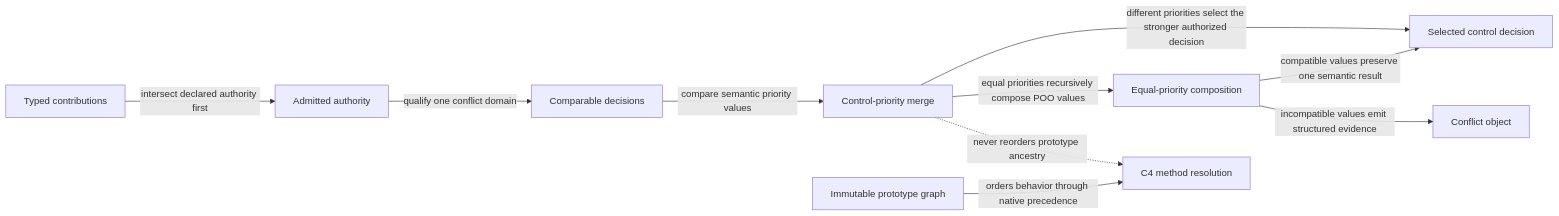
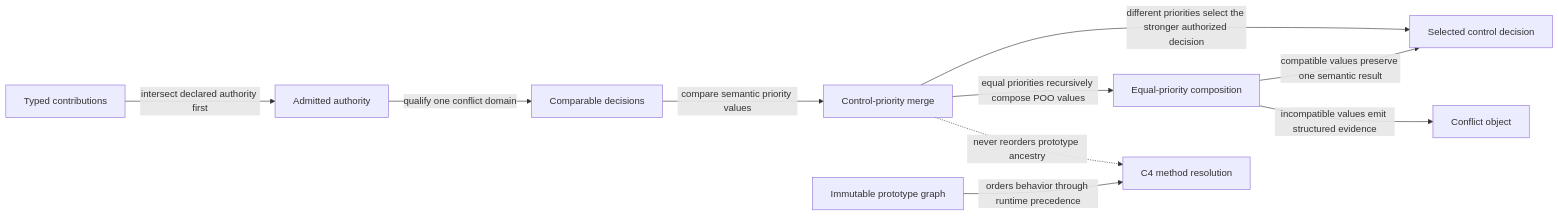
One commit to tao3k/gebril-yuanxu changed the second of 3 diagrams in module-system/design/45-101-typed-module-relation-contribution-composition-conflict-and-withdrawal-algebra.org. Above: the diagram before and after it, drawn with Mermaid. The commit also changed other lines of this file and 1469 other files, not shown here.

```diff
--- a/module-system/design/45-101-typed-module-relation-contribution-composition-conflict-and-withdrawal-algebra.org
+++ b/module-system/design/45-101-typed-module-relation-contribution-composition-conflict-and-withdrawal-algebra.org
@@ -460,12 +460,12 @@
 #+begin_src mermaid
 flowchart LR
   Inputs["Typed contributions"] -->|"intersect declared authority first"| Authority["Admitted authority"]
   Authority -->|"qualify one conflict domain"| Domain["Comparable decisions"]
   Domain -->|"compare semantic priority values"| Priority["Control-priority merge"]
   Priority -->|"different priorities select the stronger authorized decision"| Selected["Selected control decision"]
   Priority -->|"equal priorities recursively compose POO values"| Equal["Equal-priority composition"]
   Equal -->|"compatible values preserve one semantic result"| Selected
   Equal -->|"incompatible values emit structured evidence"| Conflict["Conflict object"]
-  Graph["Immutable prototype graph"] -->|"orders behavior through native precedence"| C4["C4 method resolution"]
+  Graph["Immutable prototype graph"] -->|"orders behavior through runtime precedence"| C4["C4 method resolution"]
   Priority -.->|"never reorders prototype ancestry"| C4
 #+end_src
```
